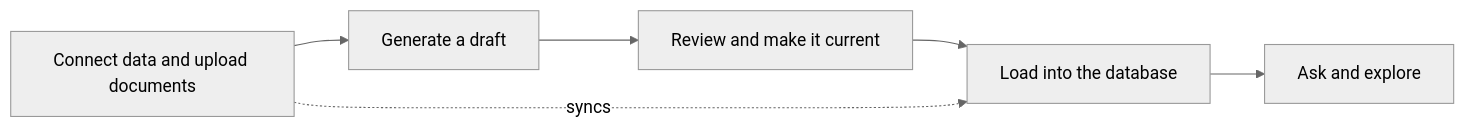
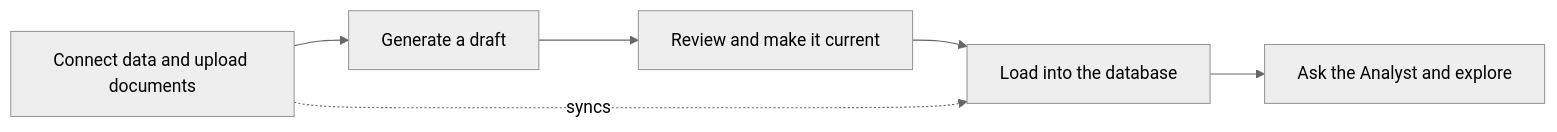
Before and after one commit to HelixDB/helix-db: the diagram in docs/foundry/start-here/introduction.mdx, drawn with Mermaid (neutral theme). The commit also changed other lines of this file and 94 other files, not shown here.

````diff
--- a/docs/foundry/start-here/introduction.mdx
+++ b/docs/foundry/start-here/introduction.mdx
@@ -43,8 +43,8 @@
 ```mermaid
 flowchart LR
   A[Connect data and upload documents] --> B[Generate a draft]
   B --> C[Review and make it current]
   C --> D[Load into the database]
-  D --> E[Ask and explore]
+  D --> E[Ask the Analyst and explore]
   A -. syncs .-> D
 ```
````
